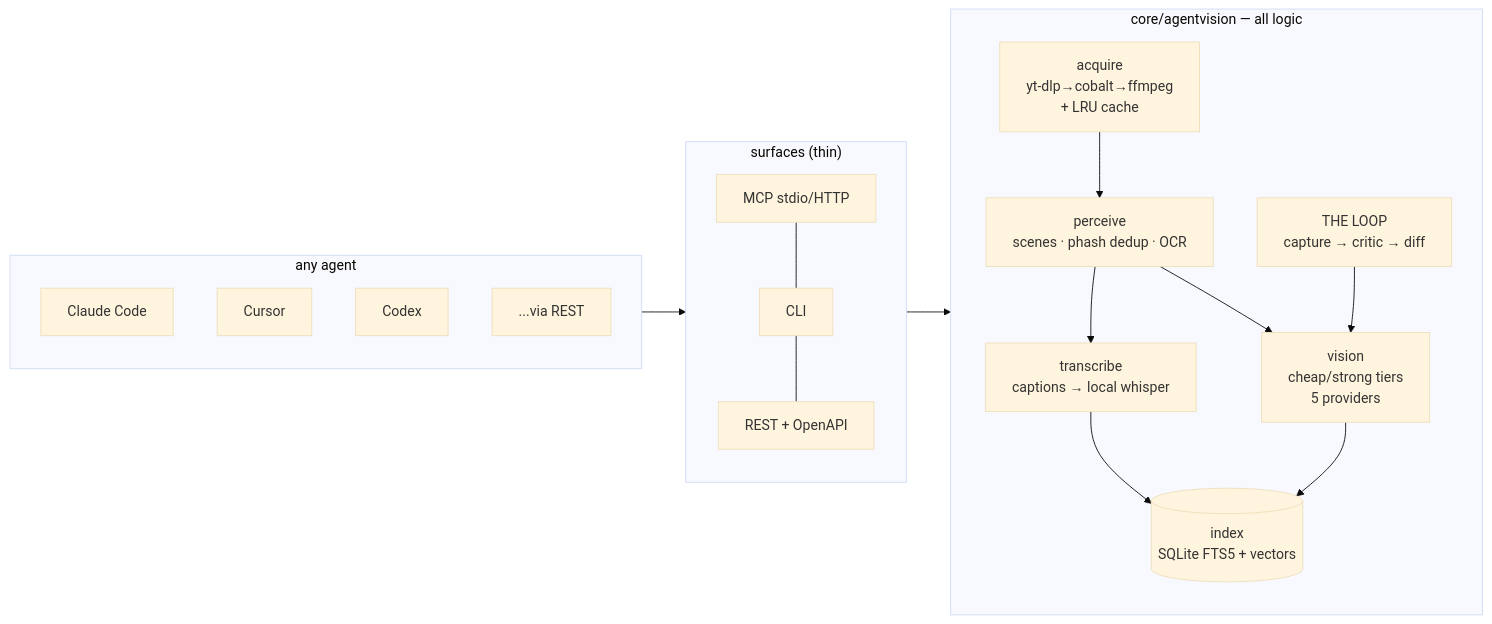
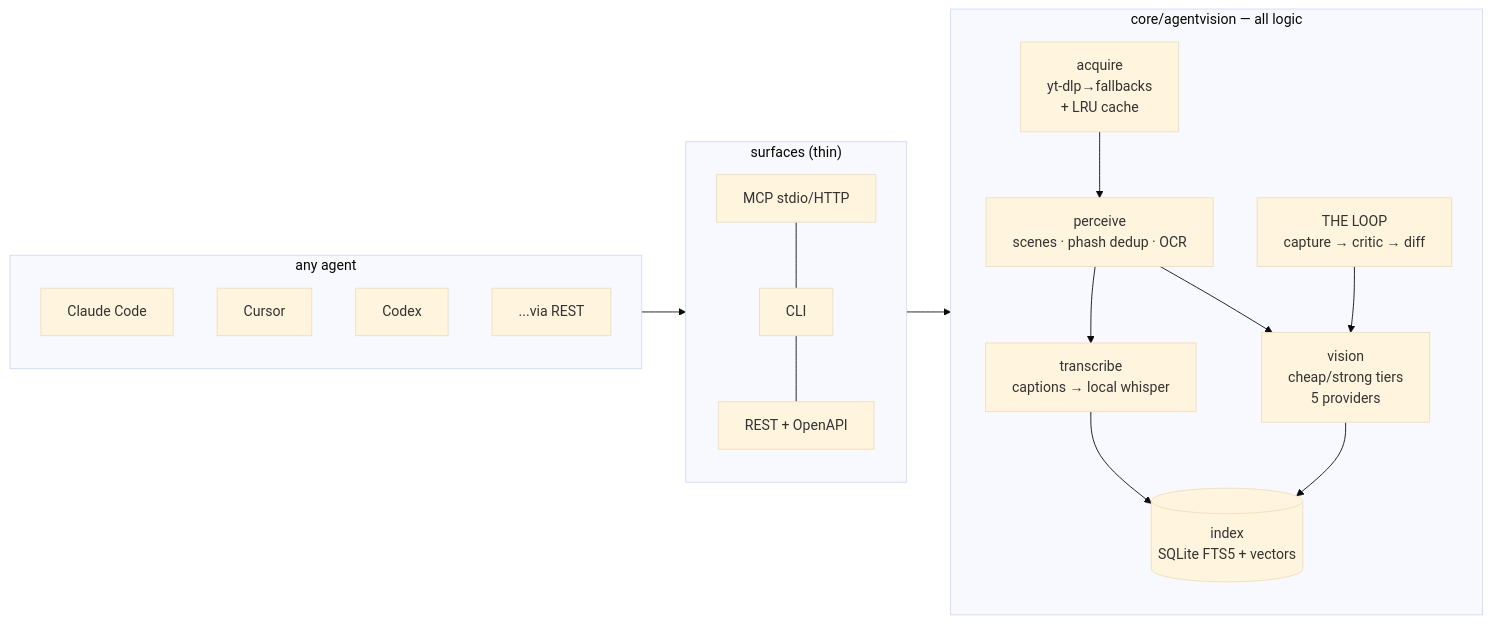
Before and after one commit to oxbshw/watch-skill: the diagram in README.md, drawn with Mermaid (base theme). The commit also changed other lines of this file and 39 other files, not shown here.

````diff
--- a/README.md
+++ b/README.md
@@ -82,18 +82,18 @@
 ```mermaid
 flowchart LR
     subgraph agents["any agent"]
         CC[Claude Code] & CU[Cursor] & CX[Codex] & GA["...via REST"]
     end
     subgraph surfaces["surfaces (thin)"]
         MCP[MCP stdio/HTTP] --- CLI[CLI] --- API[REST + OpenAPI]
     end
     subgraph core["core/agentvision — all logic"]
-        AC[acquire<br/>yt-dlp→cobalt→ffmpeg<br/>+ LRU cache] --> PE[perceive<br/>scenes · phash dedup · OCR]
+        AC[acquire<br/>yt-dlp→fallbacks<br/>+ LRU cache] --> PE[perceive<br/>scenes · phash dedup · OCR]
         PE --> TR[transcribe<br/>captions → local whisper]
         TR --> IX[(index<br/>SQLite FTS5 + vectors)]
         PE --> VI[vision<br/>cheap/strong tiers<br/>5 providers]
         VI --> IX
         LP[THE LOOP<br/>capture → critic → diff] --> VI
     end
     agents --> surfaces --> core
 ```
````
